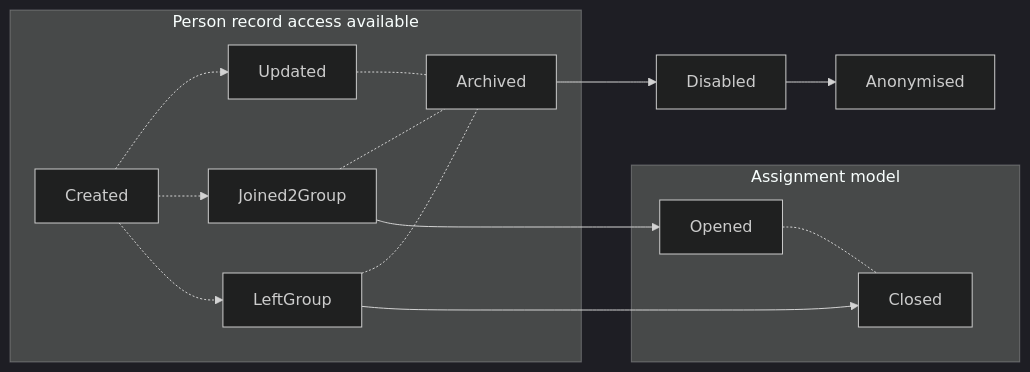
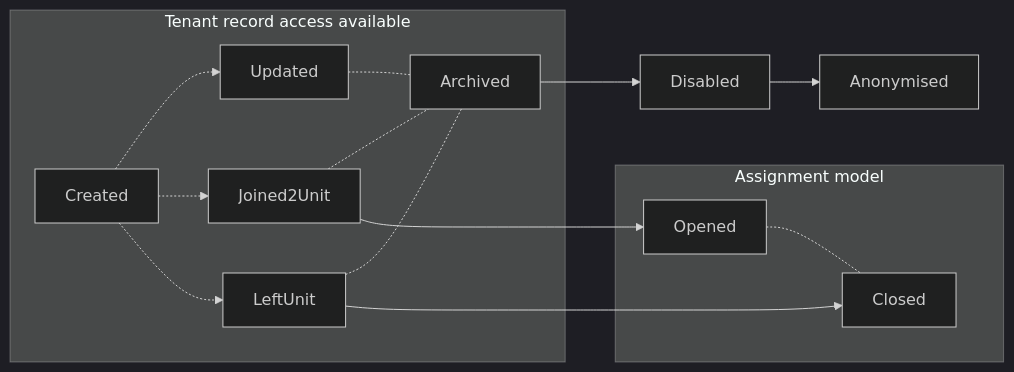
Before and after one commit to coly-technologies/coly-technologies.github.io: the second of 3 diagrams in coly-api.md, drawn with Mermaid (dark theme). The commit also changed other lines of this file and 1 other file, not shown here.

First line of the commit message:
Api update, person -> tenant, group -> unit (#13)

````diff
--- a/coly-api.md
+++ b/coly-api.md
@@ -98,12 +97,12 @@
 ```mermaid
 graph LR;
   subgraph Assignment model
     Opened -.- Closed
   end
-  subgraph Person record access available
-    Created -.-> Updated & Joined2Group & LeftGroup -.- Archived
+  subgraph Tenant record access available
+    Created -.-> Updated & Joined2Unit & LeftUnit -.- Archived
   end
   Archived --> Disabled --> Anonymised
-  Joined2Group ---> Opened
-  LeftGroup ---> Closed
+  Joined2Unit ---> Opened
+  LeftUnit ---> Closed
 ```
````
